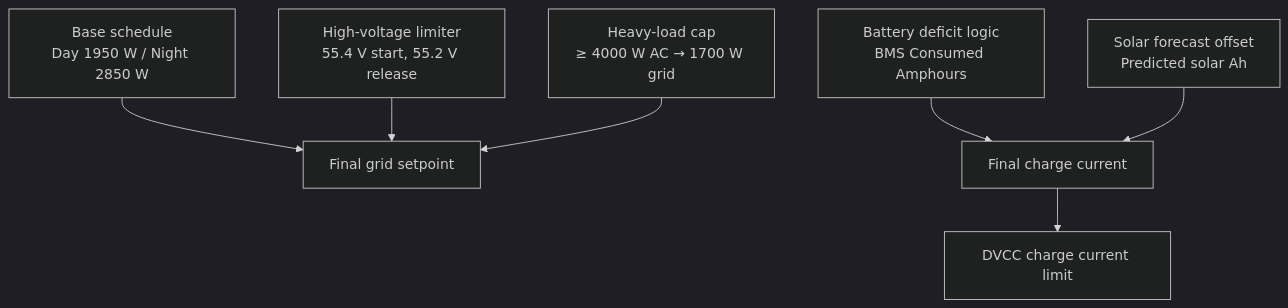
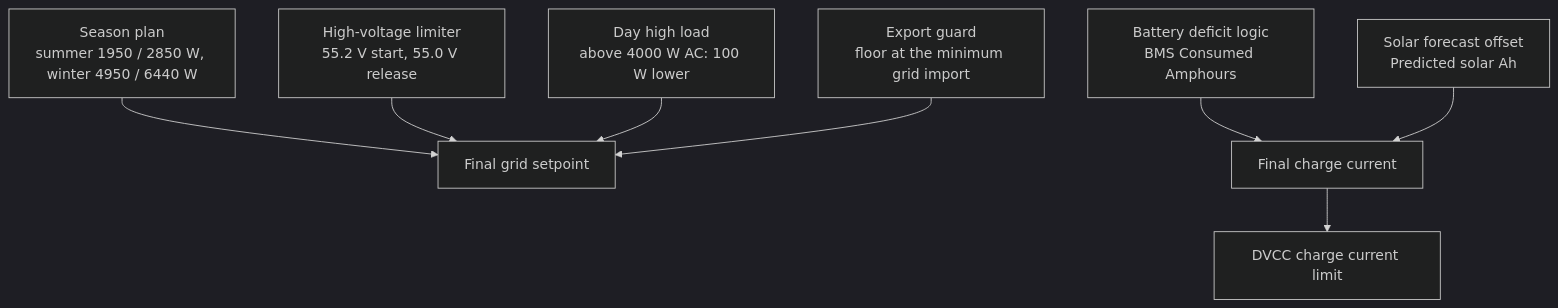
The second of 2 diagrams in docs/overview.md (vzakusylo/victron), drawn with Mermaid (dark theme) before and after one commit. The commit also changed other lines of this file and 29 other files, not shown here.

````diff
--- a/docs/overview.md
+++ b/docs/overview.md
@@ -77,9 +77,10 @@
 ```mermaid
 flowchart TD
-  A[Base schedule<br/>Day 1950 W / Night 2850 W] --> E[Final grid setpoint]
+  A[Season plan<br/>summer 1950 / 2850 W, winter 4950 / 6440 W] --> E[Final grid setpoint]
     B[Battery deficit logic<br/>BMS Consumed Amphours] --> F[Final charge current]
   C[Solar forecast offset<br/>Predicted solar Ah] --> F
-  D[High-voltage limiter<br/>55.4 V start, 55.2 V release] --> E
-  G[Heavy-load cap<br/>≥ 4000 W AC → 1700 W grid] --> E
+  D[High-voltage limiter<br/>55.2 V start, 55.0 V release] --> E
+  G[Day high load<br/>above 4000 W AC: 100 W lower] --> E
+  X[Export guard<br/>floor at the minimum grid import] --> E
     F --> H[DVCC charge current limit]
 ```
````
